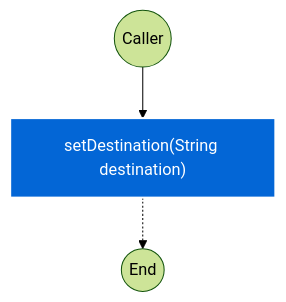
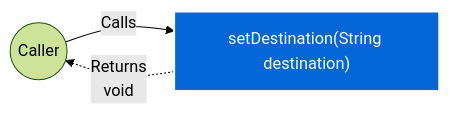
Before and after one commit to FelipeMCassiano/geanky: the second of 15 diagrams in docs/CloudSyncUploadService.md, drawn with Mermaid (forest theme). The commit also changed other lines of this file and 6 other files, not shown here.

````diff
--- a/docs/CloudSyncUploadService.md
+++ b/docs/CloudSyncUploadService.md
@@ -322,11 +322,9 @@
 ```mermaid
-flowchart TD
+flowchart LR
     classDef methodNode fill:#0366d6,stroke:#fff,stroke-width:2px,color:#fff;
-    classDef callNode fill:#f1f8ff,stroke:#0366d6,color:#24292f;
-    classDef ifNode fill:#fff8c5,stroke:#d73a49,color:#24292f;
-    classDef retNode fill:#28a745,stroke:#fff,color:#fff;
+    Caller(("Caller"))
+    Method["setDestination(String destination)"]:::methodNode
 
-    START(("Caller")) --> M_ENTRY["setDestination(String destination)"]:::methodNode
-    M_ENTRY -.-> END(("End"))
-
+    Caller -- "Calls" --> Method
+    Method -. "Returns<br>void" .-> Caller
 ```
````
